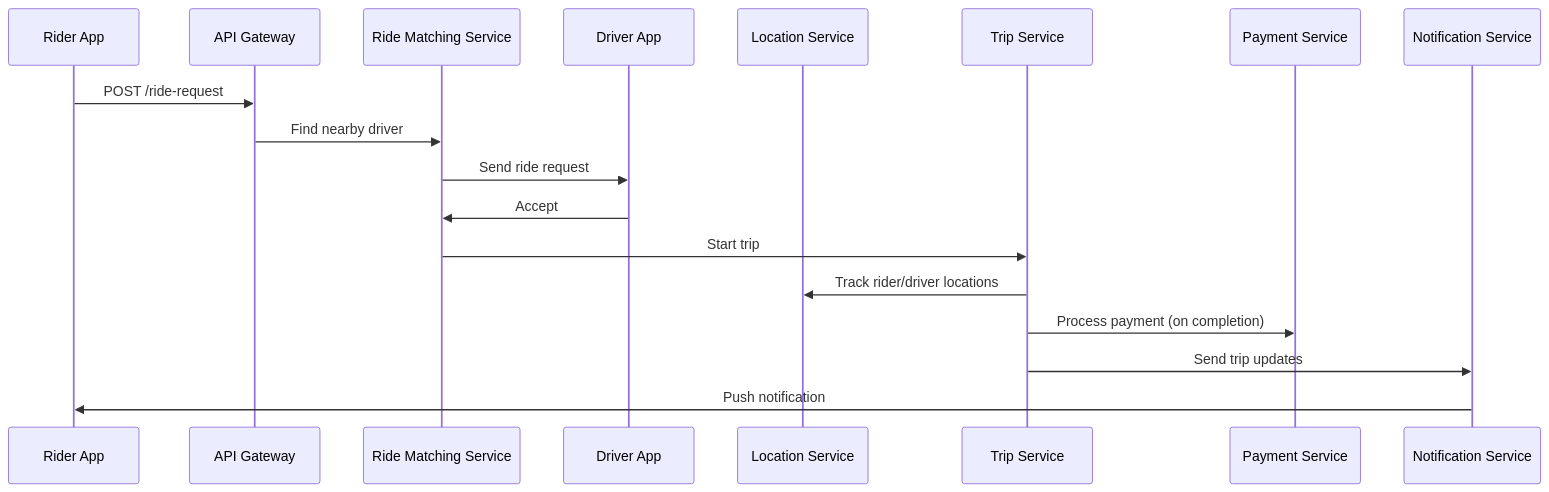
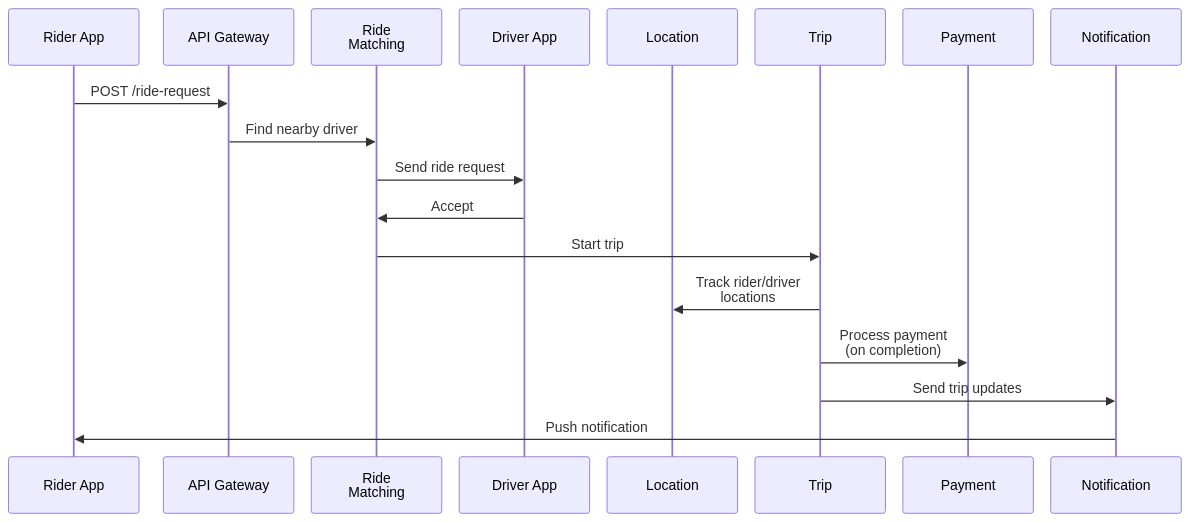
The third of 4 diagrams in volumes/volume-4-high-level-design/ch49-library-27-taxi-app-uber.md (Charikshith/Guide), drawn with Mermaid before and after one commit. The commit also changed other lines of this file and 64 other files, not shown here.

Commit message:
Guide: fit wide diagrams on the page (grow into the free right margin, smaller minimum scale), redraw 33 long flowcharts in the other direction, tighten five wide sequence diagrams

````diff
--- a/volumes/volume-4-high-level-design/ch49-library-27-taxi-app-uber.md
+++ b/volumes/volume-4-high-level-design/ch49-library-27-taxi-app-uber.md
@@ -241,21 +241,22 @@
 ```mermaid
+%%{init: {"sequence": {"actorMargin": 20}}}%%
 sequenceDiagram
     participant Rider as Rider App
     participant API as API Gateway
-    participant Match as Ride Matching Service
+    participant Match as Ride<br/>Matching
     participant Driver as Driver App
-    participant Location as Location Service
-    participant Trip as Trip Service
-    participant Payment as Payment Service
-    participant Notification as Notification Service
+    participant Location as Location
+    participant Trip as Trip
+    participant Payment as Payment
+    participant Notification as Notification
 
     Rider->>API: POST /ride-request
     API->>Match: Find nearby driver
     Match->>Driver: Send ride request
     Driver->>Match: Accept
     Match->>Trip: Start trip
-    Trip->>Location: Track rider/driver locations
-    Trip->>Payment: Process payment (on completion)
+    Trip->>Location: Track rider/driver<br/>locations
+    Trip->>Payment: Process payment<br/>(on completion)
     Trip->>Notification: Send trip updates
     Notification->>Rider: Push notification
 ```
````
